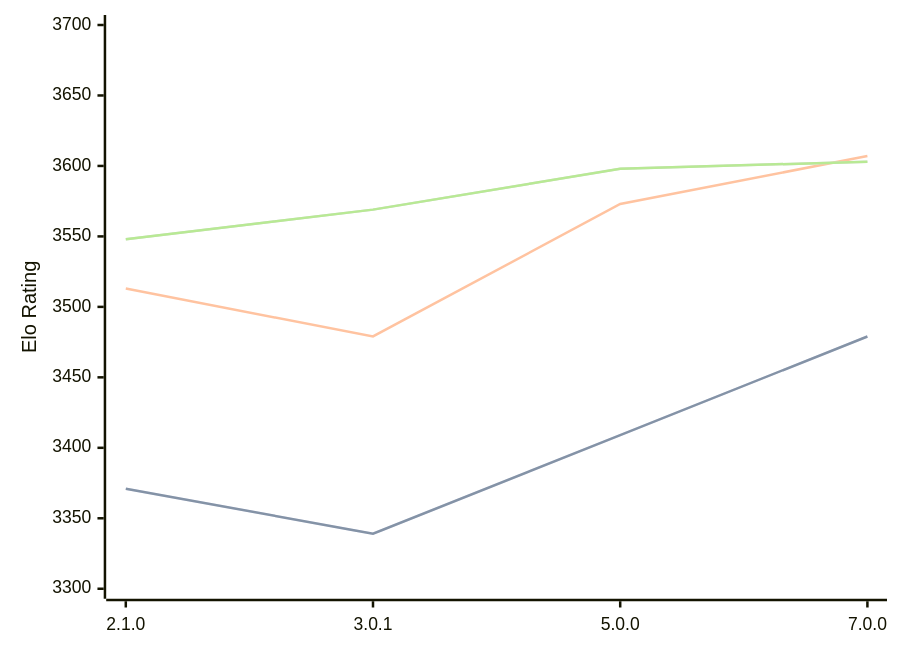
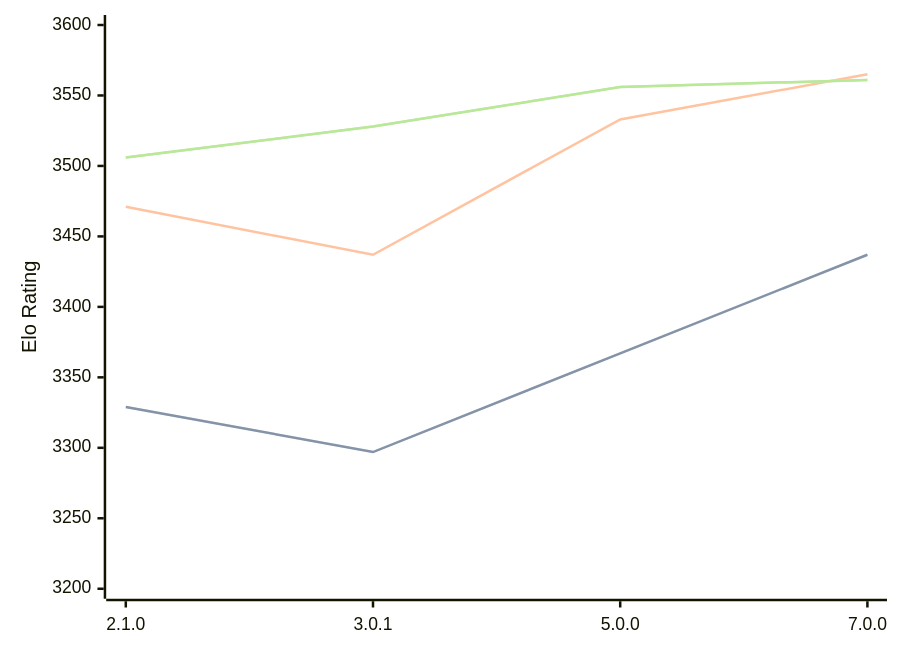
Before and after one commit to computer-chess-index/cci: the diagram in engines/PlentyChess.md, drawn with Mermaid. The commit also changed other lines of this file, not shown here.

Commit message:
Update CCI Ratings (ELO VLTC) - 2026-05-19

````diff
--- a/engines/PlentyChess.md
+++ b/engines/PlentyChess.md
@@ -45,11 +45,11 @@
 ```mermaid
 %%{init: {"theme":"base","themeVariables":{"seriesColors:['#a3a3a3','#222221','#faa371']}}}%%
 xychart-beta
   x-axis ["2.1.0", "3.0.1", "5.0.0", "7.0.0"]
-  y-axis "Elo Rating" 3300 --> 3700
-  line "STC (8.0+0.08s)" [3371, 3339, 3409, 3479]
-  line "STC (8.0+0.08s)" [3371, 3339, 3409, 3479]
-  line "LTC (60.0+0.60s)" [3513, 3479, 3573, 3607]
-  line "VLTC (2m24s+1.12s)" [3548, 3569, 3598, 3603]
-  line "VLTC (2m24s+1.12s)" [3548, 3569, 3598, 3603]
+  y-axis "Elo Rating" 3200 --> 3600
+  line "STC (8.0+0.08s)" [3329, 3297, 3367, 3437]
+  line "STC (8.0+0.08s)" [3329, 3297, 3367, 3437]
+  line "LTC (60.0+0.60s)" [3471, 3437, 3533, 3565]
+  line "VLTC (2m24s+1.12s)" [3506, 3528, 3556, 3561]
+  line "VLTC (2m24s+1.12s)" [3506, 3528, 3556, 3561]
 ```
````
